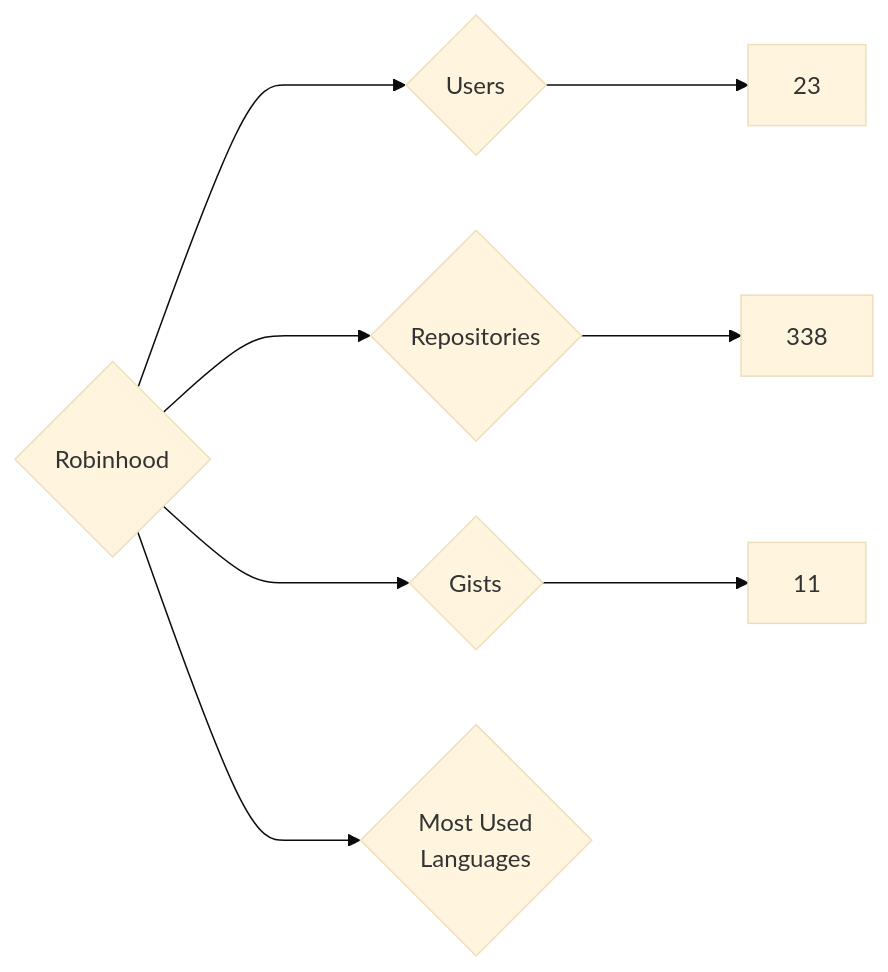
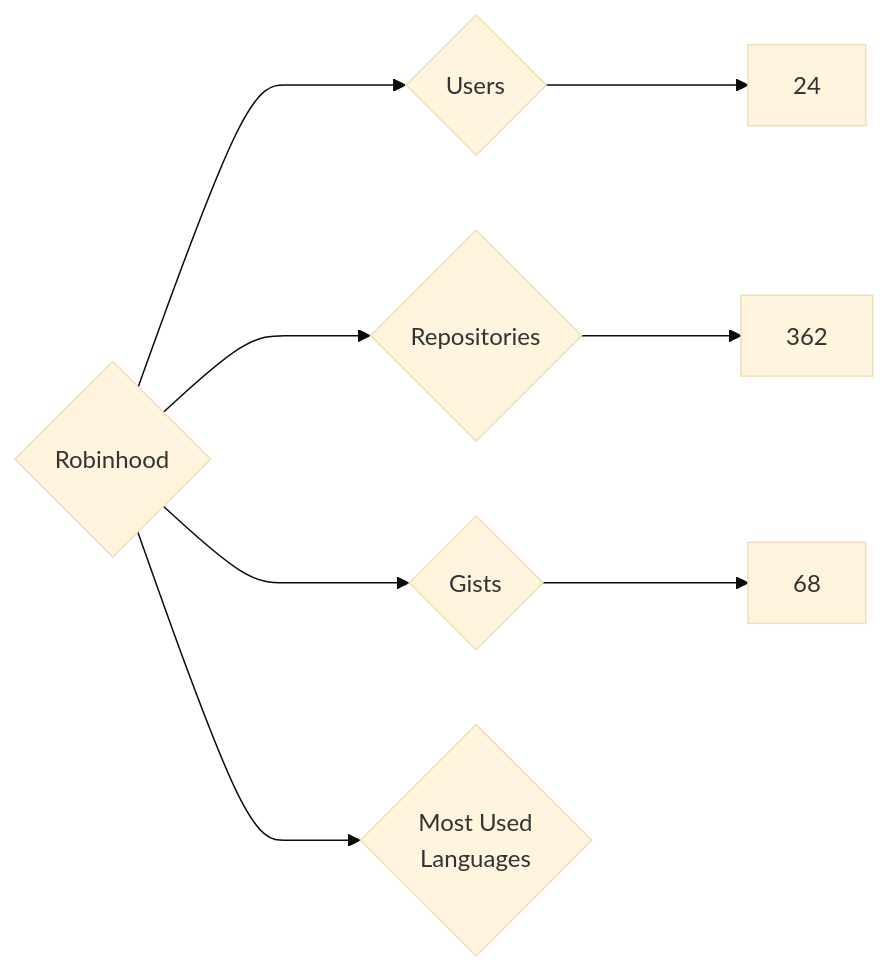
One commit to nenadzaric/insiders changed the diagram in targets/Robinhood/README.md. Above: the diagram before and after it, drawn with Mermaid (base theme). The commit also changed 1342 other files, not shown here.

````diff
--- a/targets/Robinhood/README.md
+++ b/targets/Robinhood/README.md
@@ -3,8 +3,8 @@
 ```mermaid
 graph LR
 COMPANY_NAME{Robinhood}
-COMPANY_NAME ---> U{Users} ---> UN[23]
-COMPANY_NAME ---> R{Repositories} ---> RN[338]
-COMPANY_NAME ---> G{Gists} ---> GN[11]
+COMPANY_NAME ---> U{Users} ---> UN[24]
+COMPANY_NAME ---> R{Repositories} ---> RN[362]
+COMPANY_NAME ---> G{Gists} ---> GN[68]
 COMPANY_NAME ---> ML{Most Used<br>Languages}
 ```
````
